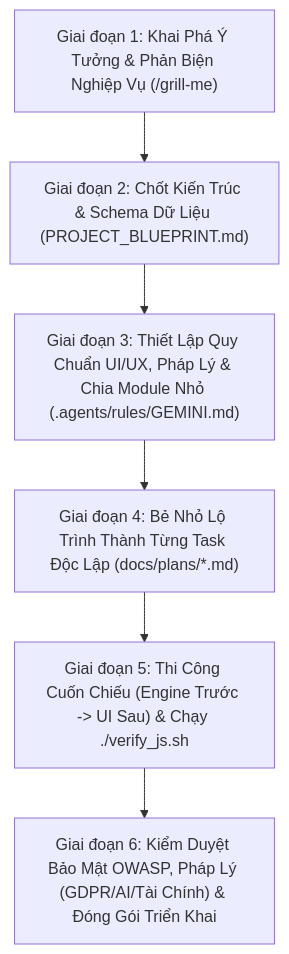
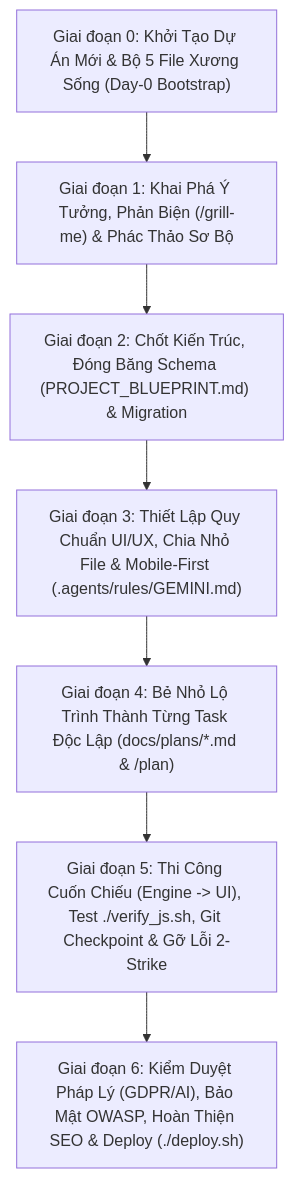
Before and after one commit to c4home/pyRetrait: the diagram in docs/QUY_TRINH_PHAT_TRIEN_APP_BANG_ANTIGRAVITY.md, drawn with Mermaid. The commit also changed other lines of this file and 15 other files, not shown here.

````diff
--- a/docs/QUY_TRINH_PHAT_TRIEN_APP_BANG_ANTIGRAVITY.md
+++ b/docs/QUY_TRINH_PHAT_TRIEN_APP_BANG_ANTIGRAVITY.md
@@ -110,8 +95,9 @@
 ```mermaid
 flowchart TD
-    G1["Giai đoạn 1: Khai Phá Ý Tưởng & Phản Biện Nghiệp Vụ (/grill-me)"] --> G2["Giai đoạn 2: Chốt Kiến Trúc & Schema Dữ Liệu (PROJECT_BLUEPRINT.md)"]
-    G2 --> G3["Giai đoạn 3: Thiết Lập Quy Chuẩn UI/UX, Pháp Lý & Chia Module Nhỏ (.agents/rules/GEMINI.md)"]
-    G3 --> G4["Giai đoạn 4: Bẻ Nhỏ Lộ Trình Thành Từng Task Độc Lập (docs/plans/*.md)"]
-    G4 --> G5["Giai đoạn 5: Thi Công Cuốn Chiếu (Engine Trước -> UI Sau) & Chạy ./verify_js.sh"]
-    G5 --> G6["Giai đoạn 6: Kiểm Duyệt Bảo Mật OWASP, Pháp Lý (GDPR/AI/Tài Chính) & Đóng Gói Triển Khai"]
+    G0["Giai đoạn 0: Khởi Tạo Dự Án Mới & Bộ 5 File Xương Sống (Day-0 Bootstrap)"] --> G1["Giai đoạn 1: Khai Phá Ý Tưởng, Phản Biện (/grill-me) & Phác Thảo Sơ Bộ"]
+    G1 --> G2["Giai đoạn 2: Chốt Kiến Trúc, Đóng Băng Schema (PROJECT_BLUEPRINT.md) & Migration"]
+    G2 --> G3["Giai đoạn 3: Thiết Lập Quy Chuẩn UI/UX, Chia Nhỏ File & Mobile-First (.agents/rules/GEMINI.md)"]
+    G3 --> G4["Giai đoạn 4: Bẻ Nhỏ Lộ Trình Thành Từng Task Độc Lập (docs/plans/*.md & /plan)"]
+    G4 --> G5["Giai đoạn 5: Thi Công Cuốn Chiếu (Engine -> UI), Test ./verify_js.sh, Git Checkpoint & Gỡ Lỗi 2-Strike"]
+    G5 --> G6["Giai đoạn 6: Kiểm Duyệt Pháp Lý (GDPR/AI), Bảo Mật OWASP, Hoàn Thiện SEO & Deploy (./deploy.sh)"]
 ```
````
